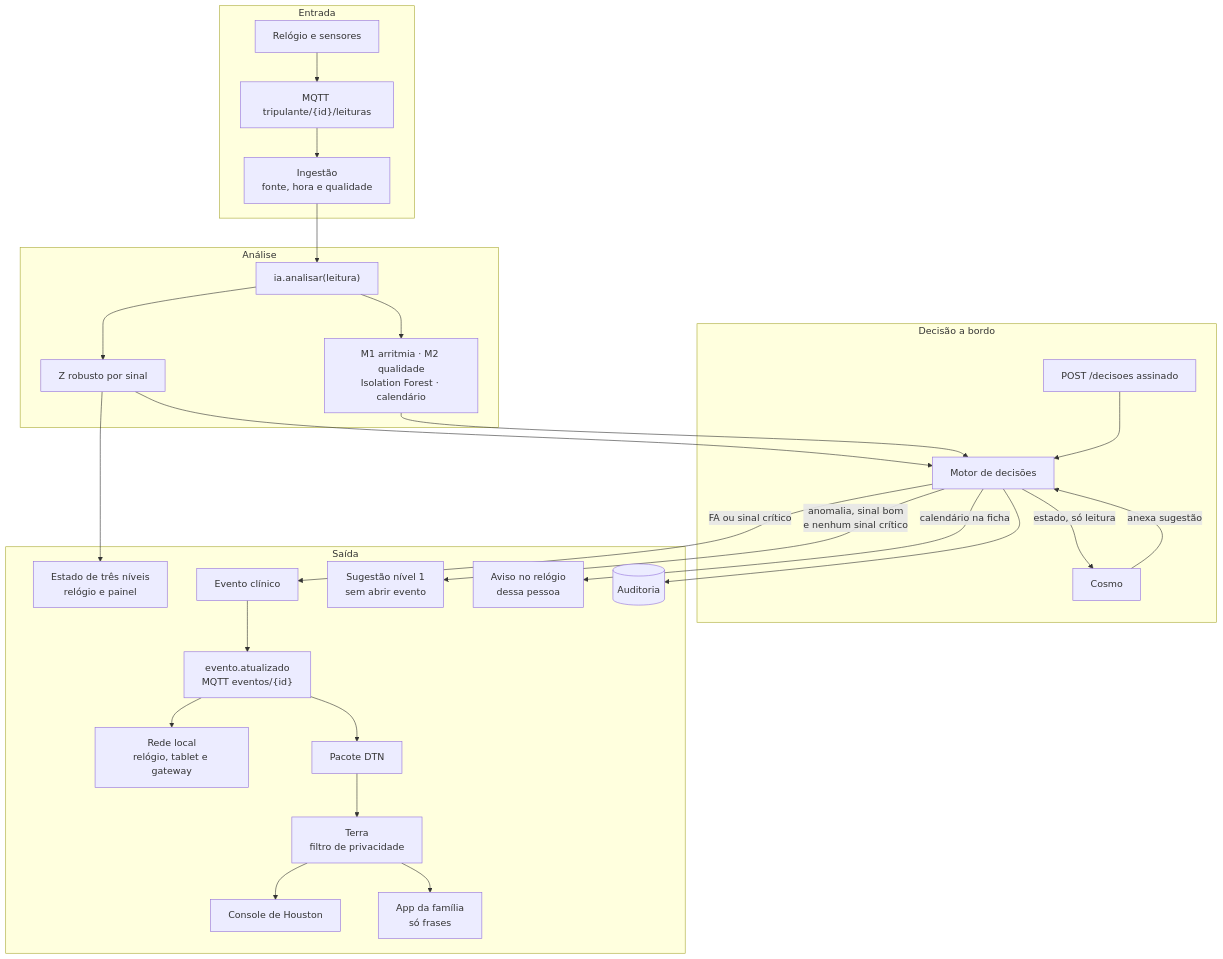
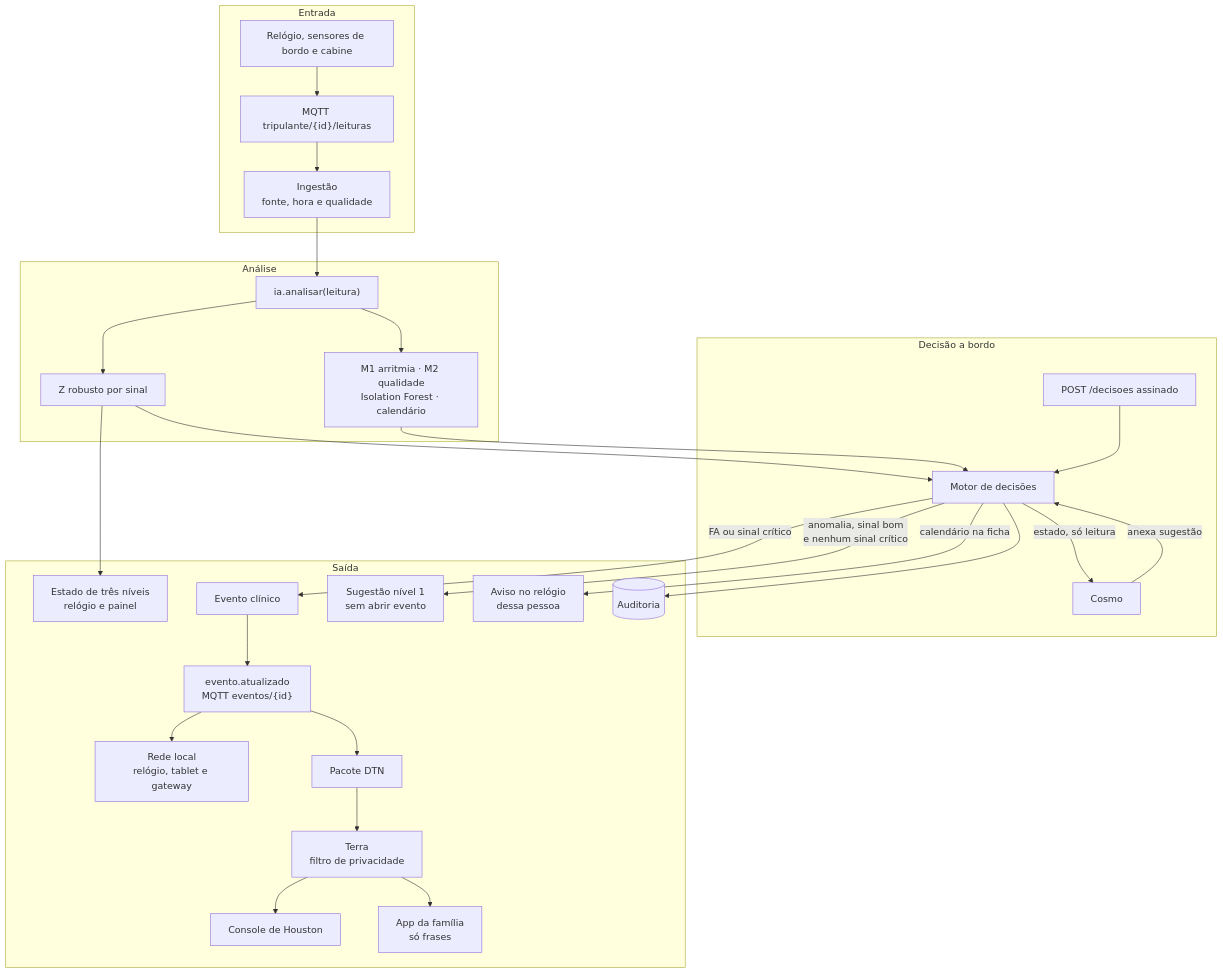
One commit to KamyllaJawad/nexus-saturn changed the second of 2 diagrams in 4-arquitetura/docs/07-modelo-de-dados.md. Above: the diagram before and after it, drawn with Mermaid. The commit also changed other lines of this file and 8 other files, not shown here.

````diff
--- a/4-arquitetura/docs/07-modelo-de-dados.md
+++ b/4-arquitetura/docs/07-modelo-de-dados.md
@@ -99,53 +129,53 @@
 ```mermaid
 flowchart TB
   subgraph entrada[Entrada]
-    src[Relógio e sensores]
+    src[Relógio, sensores de bordo e cabine]
     lei["MQTT tripulante/{id}/leituras"]
     ing["Ingestão<br/>fonte, hora e qualidade"]
   end
 
   subgraph analise[Análise]
     ia["ia.analisar(leitura)"]
     z[Z robusto por sinal]
     det["M1 arritmia · M2 qualidade<br/>Isolation Forest · calendário"]
   end
 
   subgraph decisao[Decisão a bordo]
     motor[Motor de decisões]
     cosmo[Cosmo]
     humano["POST /decisoes assinado"]
   end
 
   subgraph saida[Saída]
     painel["Estado de três níveis<br/>relógio e painel"]
     evento[Evento clínico]
     n1["Sugestão nível 1<br/>sem abrir evento"]
     aviso["Aviso no relógio<br/>dessa pessoa"]
     msg["evento.atualizado<br/>MQTT eventos/{id}"]
     local["Rede local<br/>relógio, tablet e gateway"]
     dtn[Pacote DTN]
     terra["Terra<br/>filtro de privacidade"]
     houston[Console de Houston]
     familia["App da família<br/>só frases"]
     audit[(Auditoria)]
   end
 
   src --> lei --> ing --> ia
   ia --> z
   ia --> det
   z --> motor
   det --> motor
   motor -->|"estado, só leitura"| cosmo
   cosmo -->|anexa sugestão| motor
   humano --> motor
   z --> painel
   motor -->|FA ou sinal crítico| evento
   motor -->|"anomalia, sinal bom<br/>e nenhum sinal crítico"| n1
   motor -->|calendário na ficha| aviso
   evento --> msg
   msg --> local
   msg --> dtn --> terra
   terra --> houston
   terra --> familia
   motor --> audit
 ```
````
